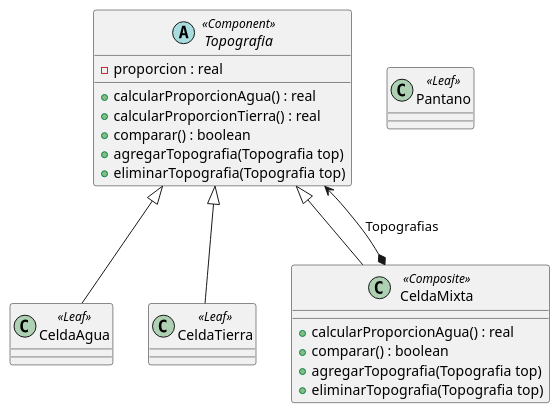
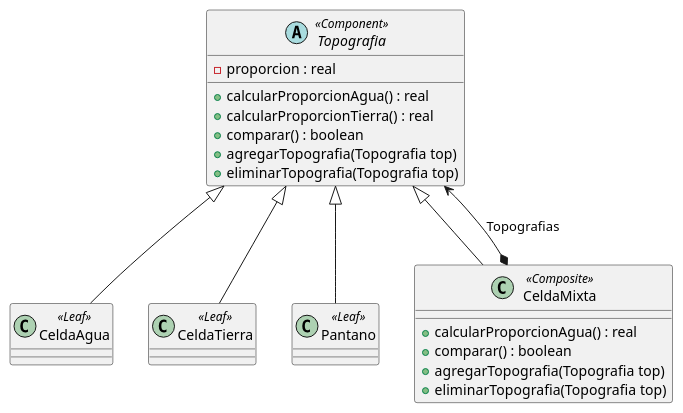
One commit to BautistaMarquez/Tercero-PrimerCuatrimestre changed the diagram in Objetos 2/UMLs/Ejercicio11patrones.puml. Above: the diagram before and after it, drawn with PlantUML. The commit also changed 4 other files, not shown here.

```diff
--- a/Objetos 2/UMLs/Ejercicio11patrones.puml
+++ b/Objetos 2/UMLs/Ejercicio11patrones.puml
@@ -1,40 +1,41 @@
 @startuml Ejercicio11
 
 Topografia <|-- CeldaAgua
 Topografia <|-- CeldaTierra
+Topografia <|-- Pantano
 Topografia <|-- CeldaMixta
 Topografia <--* CeldaMixta : Topografias
 
 'Para esto tengo que chequear lo de comparar una mixta con la otra y eso, se supone que se hace como lo del piedra papel y tijera (no lo hice, pero recuerdo que era hacer un metodo por cada clase que te puede llegar, es una solucion media chota pero es la idea que tengo que llevar a cabo no hay otra) despues tengo que ver como lo implemento pq tengo que verificar a una mixta con una leaf entre mixtas y entre leaf no creo sea complicado el tema seria una mixta y una leaf'
 
 'En este caso por ejemplo defino el comparar en la clase Topografia y hago override en CeldaMixta y viceversa con el tema de agregar y eliminar?'
 Abstract class Topografia <<Component>>{
     -proporcion : real 
     +calcularProporcionAgua() : real
     +calcularProporcionTierra() : real 
     +comparar() : boolean
     +agregarTopografia(Topografia top)
     +eliminarTopografia(Topografia top)
 }
 
 class CeldaAgua <<Leaf>>{
    
 }
 
 class CeldaTierra <<Leaf>>{
   
 }
 
 class Pantano <<Leaf>>{
     
 }
 
 class CeldaMixta <<Composite>>{
     +calcularProporcionAgua() : real
     +comparar() : boolean
     +agregarTopografia(Topografia top)
     +eliminarTopografia(Topografia top)
 }
 
 
 @enduml
```
